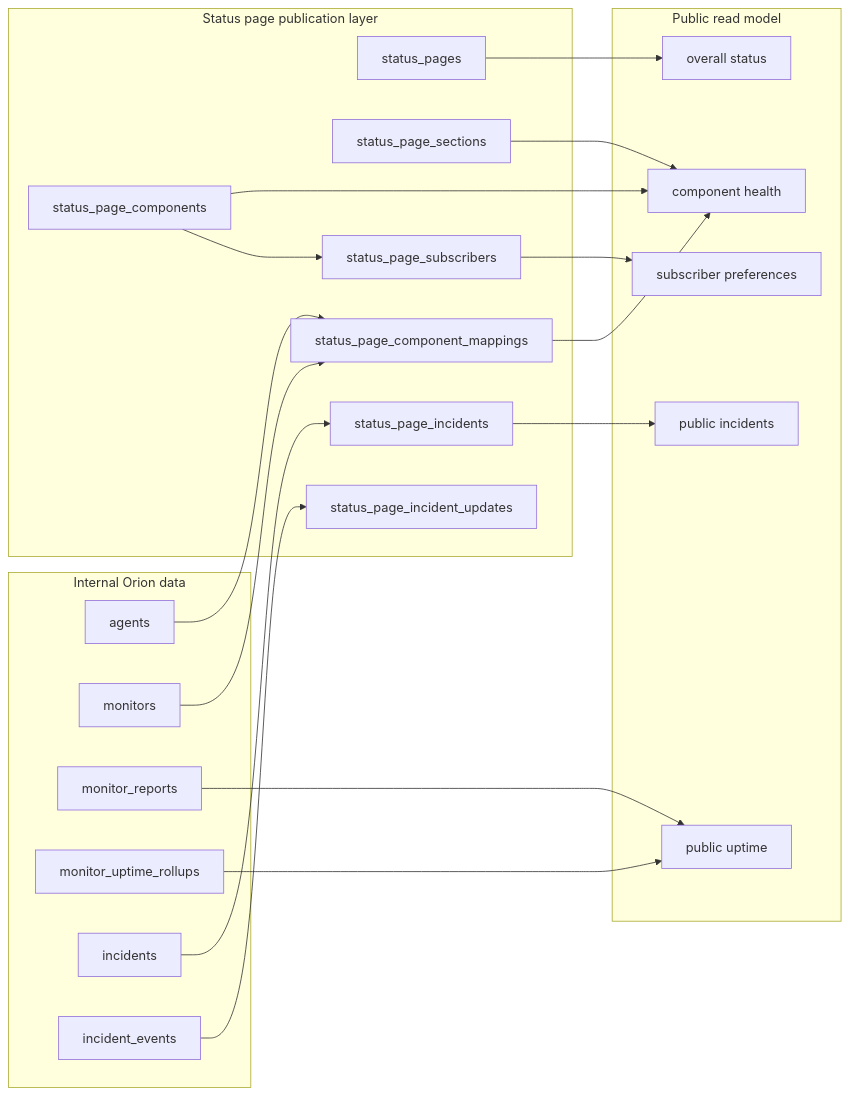
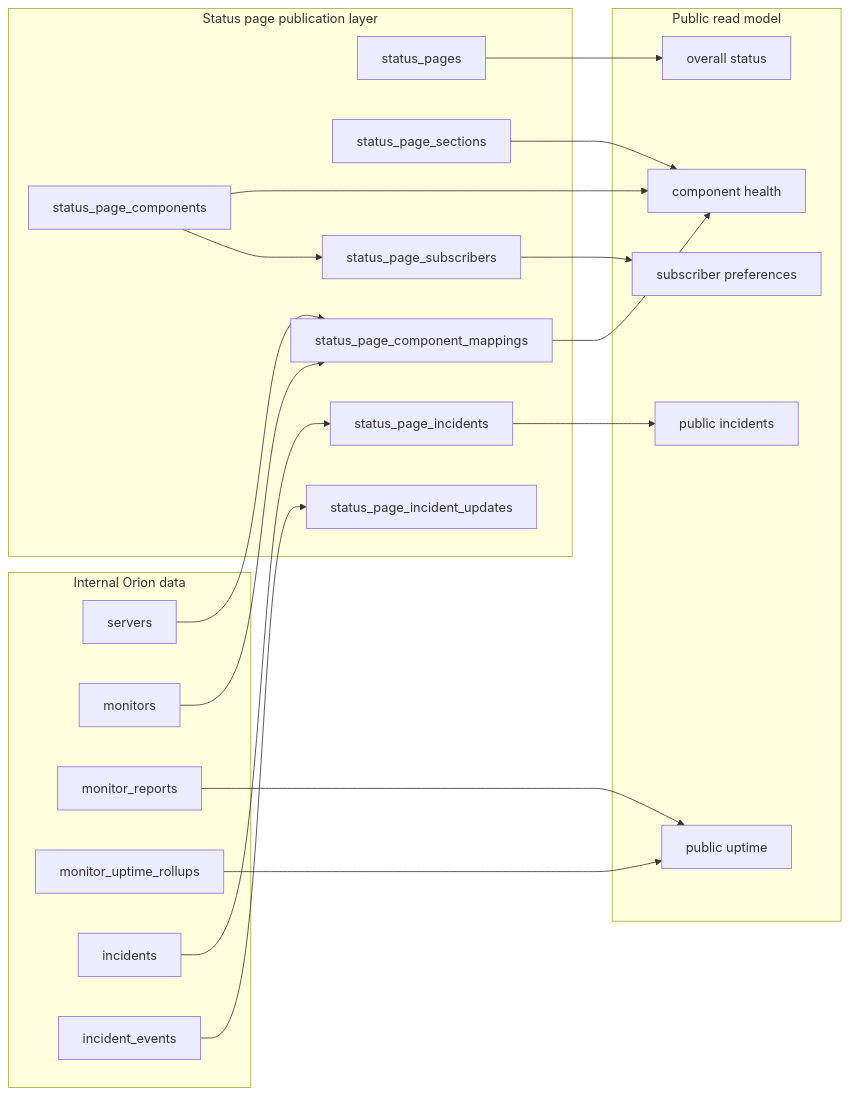
The first of 12 diagrams in docs/architecture/status-pages.md (sunday-studio/orion), drawn with Mermaid before and after one commit. The commit also changed other lines of this file and 72 other files, not shown here.

First line of the commit message:
refactor(repo): rename agents to servers

````diff
--- a/docs/architecture/status-pages.md
+++ b/docs/architecture/status-pages.md
@@ -66,43 +66,43 @@
 ```mermaid
 flowchart LR
   subgraph Internal["Internal Orion data"]
-    Agents["agents"]
+    Servers["servers"]
     Monitors["monitors"]
     Reports["monitor_reports"]
     Rollups["monitor_uptime_rollups"]
     Incidents["incidents"]
     Events["incident_events"]
   end
 
   subgraph Publication["Status page publication layer"]
     Pages["status_pages"]
     Sections["status_page_sections"]
     Components["status_page_components"]
     Mappings["status_page_component_mappings"]
     PublicIncidents["status_page_incidents"]
     Updates["status_page_incident_updates"]
     Subscriptions["status_page_subscribers"]
   end
 
   subgraph Public["Public read model"]
     Summary["overall status"]
     ComponentList["component health"]
     IncidentList["public incidents"]
     Uptime["public uptime"]
     Subscribe["subscriber preferences"]
   end
 
-  Agents --> Mappings
+  Servers --> Mappings
   Monitors --> Mappings
   Reports --> Uptime
   Rollups --> Uptime
   Incidents --> PublicIncidents
   Events --> Updates
   Pages --> Summary
   Sections --> ComponentList
   Components --> ComponentList
   Mappings --> ComponentList
   PublicIncidents --> IncidentList
   Components --> Subscriptions
   Subscriptions --> Subscribe
 ```
````
